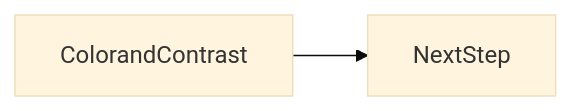
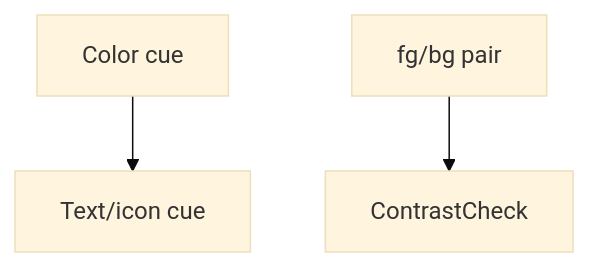
Before and after one commit to OmidJavaherii/Frontend-Engineering-Handbook: the second of 2 diagrams in docs/en/18-accessibility/color-and-contrast/index.md, drawn with Mermaid (base theme). The commit also changed other lines of this file and 461 other files, not shown here.

````diff
--- a/docs/en/18-accessibility/color-and-contrast/index.md
+++ b/docs/en/18-accessibility/color-and-contrast/index.md
@@ -95,4 +111,5 @@
 ```mermaid
-flowchart LR
-  concept[ColorandContrast] --> nextStep[NextStep]
+flowchart TD
+  Color[Color cue] --> AlsoText[Text/icon cue]
+  Pair[fg/bg pair] --> ContrastCheck
 ```
````
